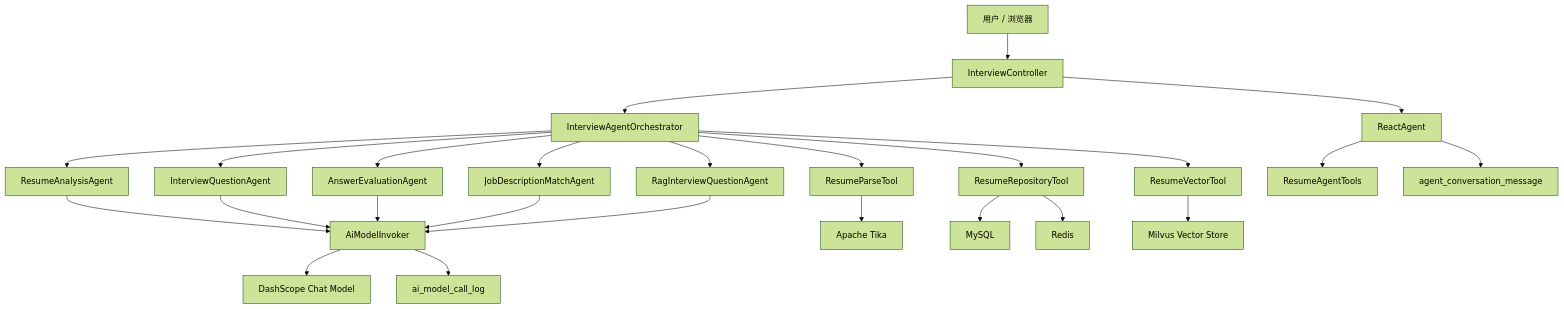
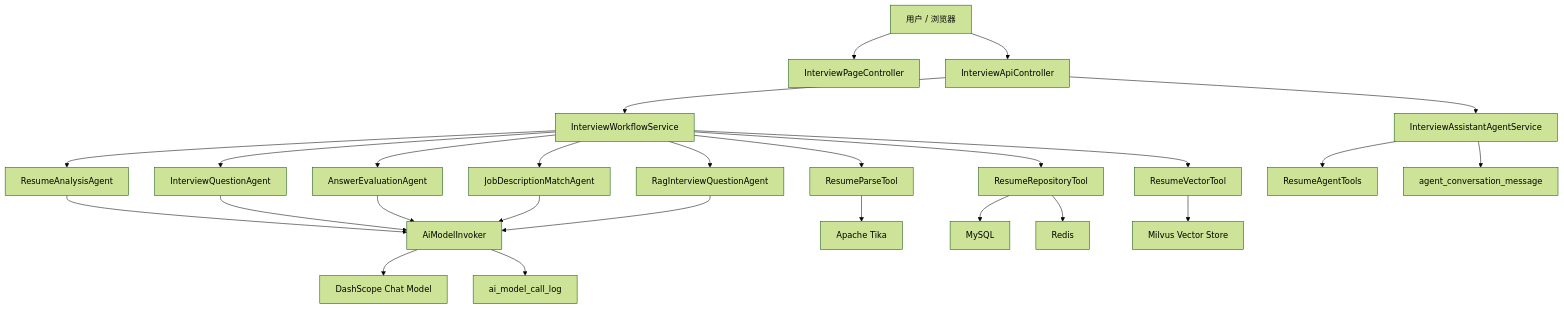
The diagram in docs/architecture.md (xiekunhuang2020/ai-interview-agent), drawn with Mermaid (forest theme) before and after one commit. The commit also changed other lines of this file and 3 other files, not shown here.

````diff
--- a/docs/architecture.md
+++ b/docs/architecture.md
@@ -9,31 +9,32 @@
 ```mermaid
 flowchart TD
-    U["用户 / 浏览器"] --> C["InterviewController"]
-    C --> O["InterviewAgentOrchestrator"]
+    U["用户 / 浏览器"] --> PC["InterviewPageController"]
+    U --> AC["InterviewApiController"]
+    AC --> O["InterviewWorkflowService"]
 
     O --> T1["ResumeParseTool"]
     O --> A1["ResumeAnalysisAgent"]
     O --> T2["ResumeRepositoryTool"]
     O --> T3["ResumeVectorTool"]
     O --> A2["InterviewQuestionAgent"]
     O --> A3["AnswerEvaluationAgent"]
     O --> A4["JobDescriptionMatchAgent"]
     O --> A5["RagInterviewQuestionAgent"]
 
     A1 --> INV["AiModelInvoker"]
     A2 --> INV
     A3 --> INV
     A4 --> INV
     A5 --> INV
     INV --> LLM["DashScope Chat Model"]
     INV --> AUDIT["ai_model_call_log"]
 
-    C --> RA["ReactAgent"]
-    RA --> TOOLCALL["ResumeAgentTools"]
-    RA --> MSGAUDIT["agent_conversation_message"]
+    AC --> AS["InterviewAssistantAgentService"]
+    AS --> TOOLCALL["ResumeAgentTools"]
+    AS --> MSGAUDIT["agent_conversation_message"]
 
     T1 --> Tika["Apache Tika"]
     T2 --> MySQL["MySQL"]
     T2 --> Redis["Redis"]
     T3 --> Milvus["Milvus Vector Store"]
 ```
````
